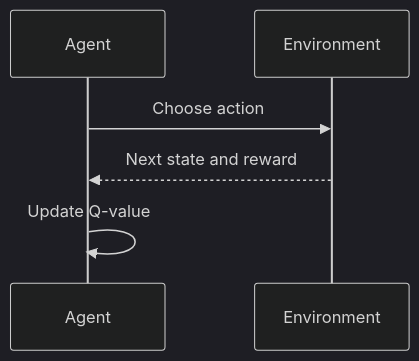
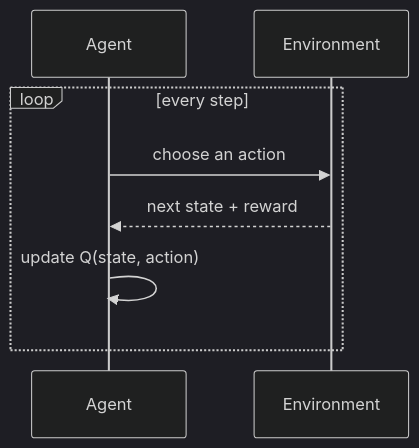
Before and after one commit to mrdavidlong/ml-training-inference-labs: the diagram in docs/11-reinforcement-learning.md, drawn with Mermaid (dark theme). The commit also changed other lines of this file and 13 other files, not shown here.

````diff
--- a/docs/11-reinforcement-learning.md
+++ b/docs/11-reinforcement-learning.md
@@ -7,8 +41,10 @@
 ```mermaid
 sequenceDiagram
     participant A as Agent
     participant E as Environment
-    A->>E: Choose action
-    E-->>A: Next state and reward
-    A->>A: Update Q-value
+    loop every step
+        A->>E: choose an action
+        E-->>A: next state + reward
+        A->>A: update Q(state, action)
+    end
 ```
````
